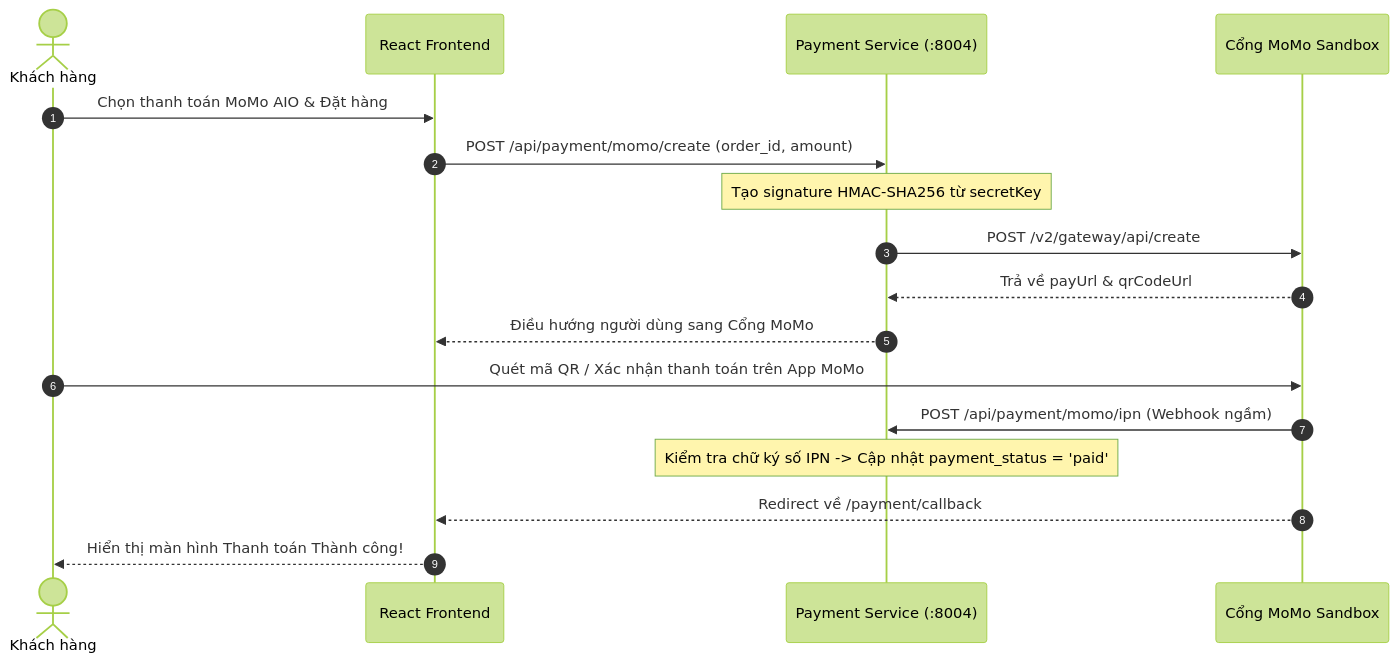
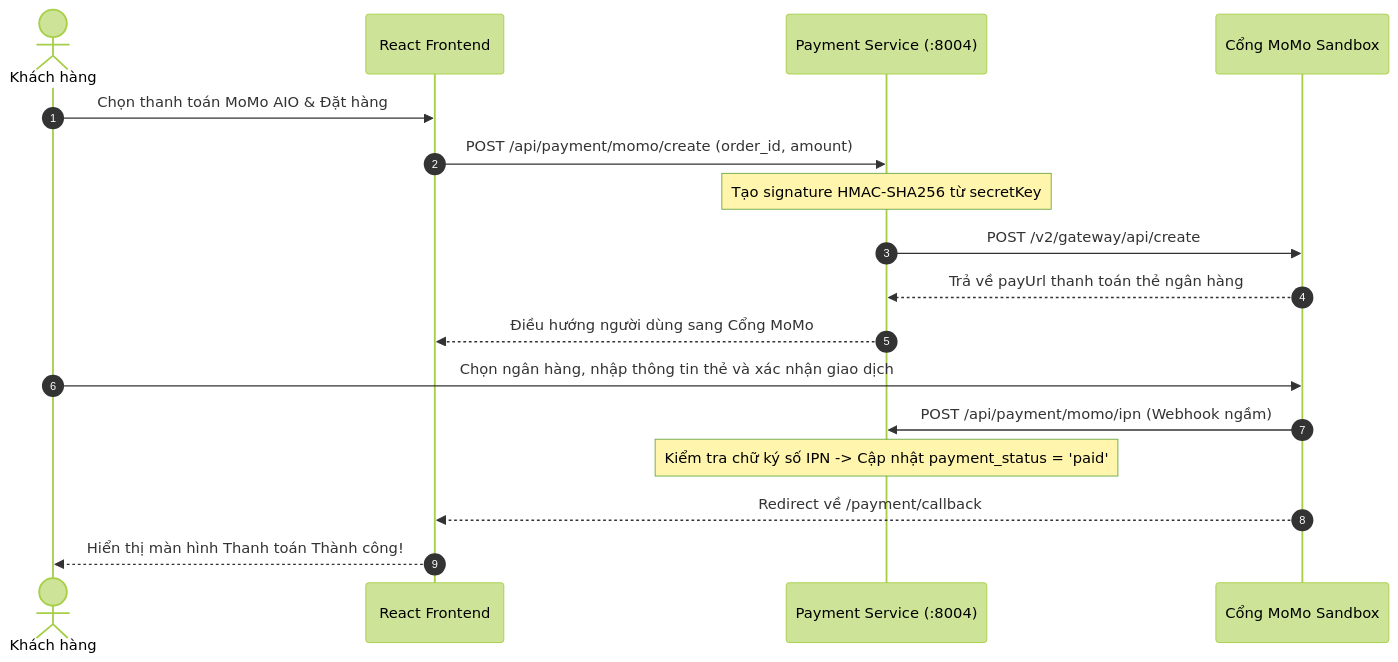
The third of 4 diagrams in README.md (thehuong18/project1), drawn with Mermaid (forest theme) before and after one commit. The commit also changed other lines of this file and 43 other files, not shown here.

````diff
--- a/README.md
+++ b/README.md
@@ -98,20 +98,20 @@
 ```mermaid
 sequenceDiagram
     autonumber
     actor User as Khách hàng
     participant FE as React Frontend
     participant PaySvc as Payment Service (:8004)
     participant MoMo as Cổng MoMo Sandbox
 
     User->>FE: Chọn thanh toán MoMo AIO & Đặt hàng
     FE->>PaySvc: POST /api/payment/momo/create (order_id, amount)
     Note over PaySvc: Tạo signature HMAC-SHA256 từ secretKey
     PaySvc->>MoMo: POST /v2/gateway/api/create
-    MoMo-->>PaySvc: Trả về payUrl & qrCodeUrl
+    MoMo-->>PaySvc: Trả về payUrl thanh toán thẻ ngân hàng
     PaySvc-->>FE: Điều hướng người dùng sang Cổng MoMo
-    User->>MoMo: Quét mã QR / Xác nhận thanh toán trên App MoMo
+    User->>MoMo: Chọn ngân hàng, nhập thông tin thẻ và xác nhận giao dịch
     MoMo->>PaySvc: POST /api/payment/momo/ipn (Webhook ngầm)
     Note over PaySvc: Kiểm tra chữ ký số IPN -> Cập nhật payment_status = 'paid'
     MoMo-->>FE: Redirect về /payment/callback
     FE-->>User: Hiển thị màn hình Thanh toán Thành công!
 ```
````
